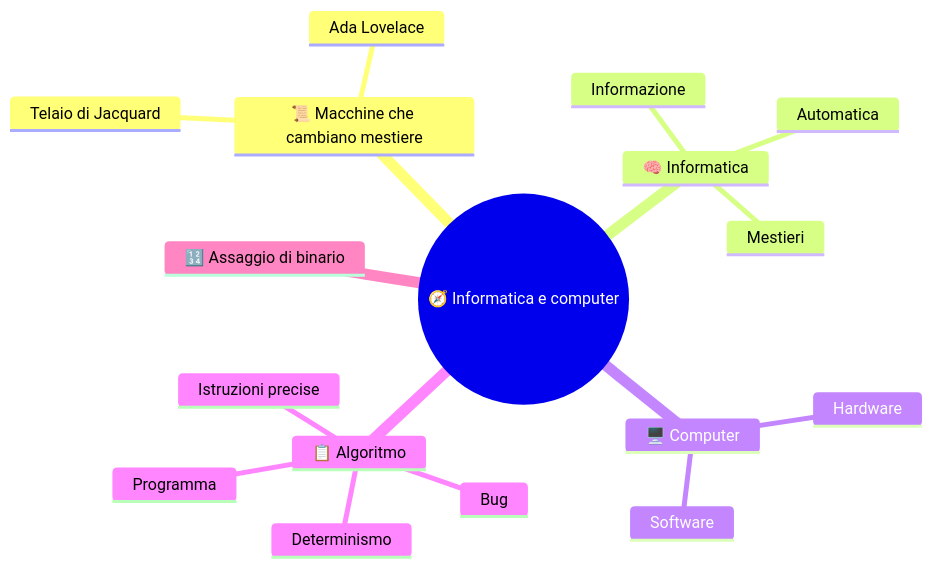
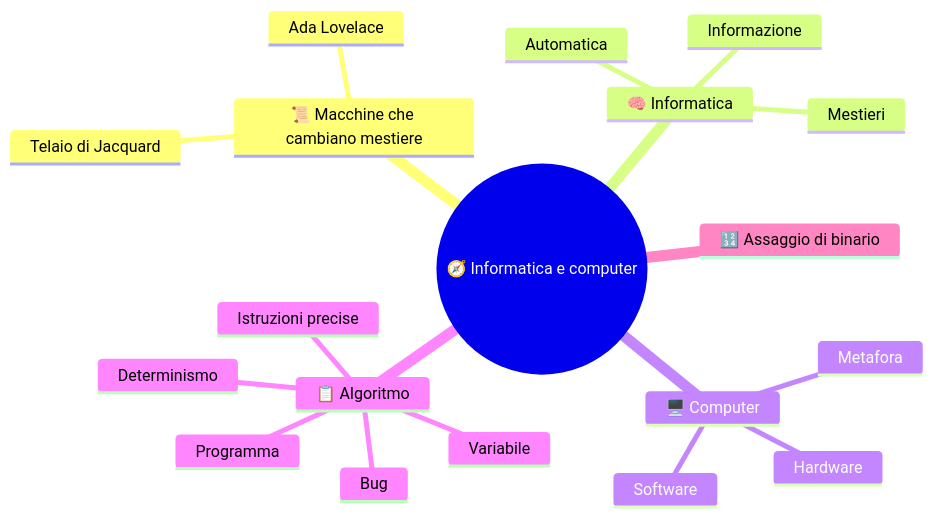
Before and after one commit to Neeqstock/dispense-caramuel: the diagram in 1CI - Informatica/1 SETT-OTT/(STU) 1CI sett-ott S1 - Informatica e computer.md, drawn with Mermaid. The commit also changed other lines of this file and 18 other files, not shown here.

````diff
--- a/1CI - Informatica/1 SETT-OTT/(STU) 1CI sett-ott S1 - Informatica e computer.md
+++ b/1CI - Informatica/1 SETT-OTT/(STU) 1CI sett-ott S1 - Informatica e computer.md
@@ -10,24 +10,26 @@
 ```mermaid
 ---
 config:
   layout: tidy-tree
 ---
 mindmap
   root((🧭 Informatica e computer))
     📜 Macchine che cambiano mestiere
       Telaio di Jacquard
       Ada Lovelace
     🧠 Informatica
       Informazione
       Automatica
       Mestieri
     🖥️ Computer
       Hardware
       Software
+      Metafora
     📋 Algoritmo
       Istruzioni precise
       Programma
+      Variabile
       Determinismo
       Bug
     🔢 Assaggio di binario
 ```
````
